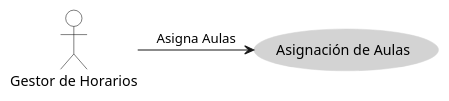
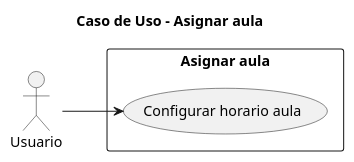
The diagram in Casos de Uso/Asignacion de aulas.puml (FernandoWilliam26/23-24-IdSw1-SDR), drawn with PlantUML before and after one commit. The commit also changed 1 other file, not shown here.

Commit message:
Cambiando caso aula

```diff
--- a/Casos de Uso/Asignacion de aulas.puml
+++ b/Casos de Uso/Asignacion de aulas.puml
@@ -1,18 +1,11 @@
 @startuml
+title Caso de Uso - Asignar aula
+left to right direction
+actor Usuario as cust
 
-skinparam usecase {
-  BackgroundColor #D3D3D3  
-  BorderColor #D3D3D3     
+rectangle "Asignar aula" {
+    usecase "Configurar horario aula" as OP1
 }
 
-skinparam actor {
-  BackgroundColor #FFFFFF
-  BorderColor #000000
-}
-
-actor "Gestor de Horarios" as Gestor
-usecase "Asignación de Aulas" as AsignacionAulas
-
-Gestor -right-> AsignacionAulas : Asigna Aulas
-
+cust --> OP1
 @enduml
```
